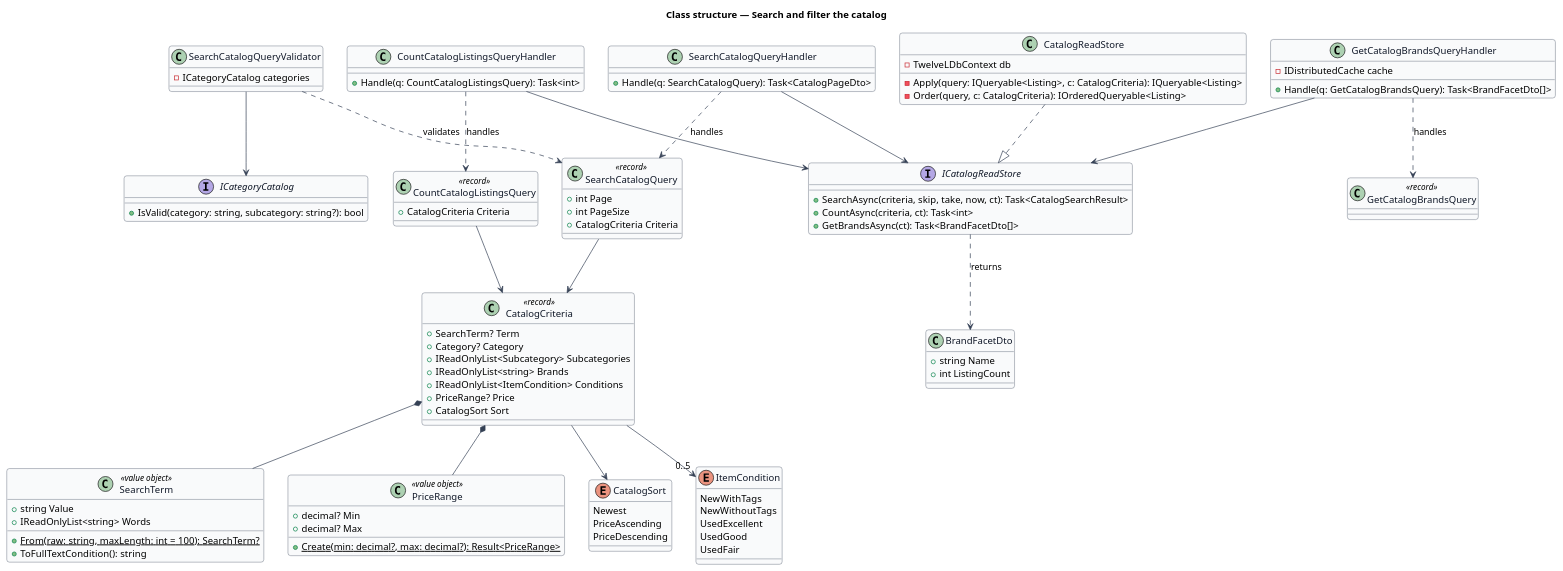
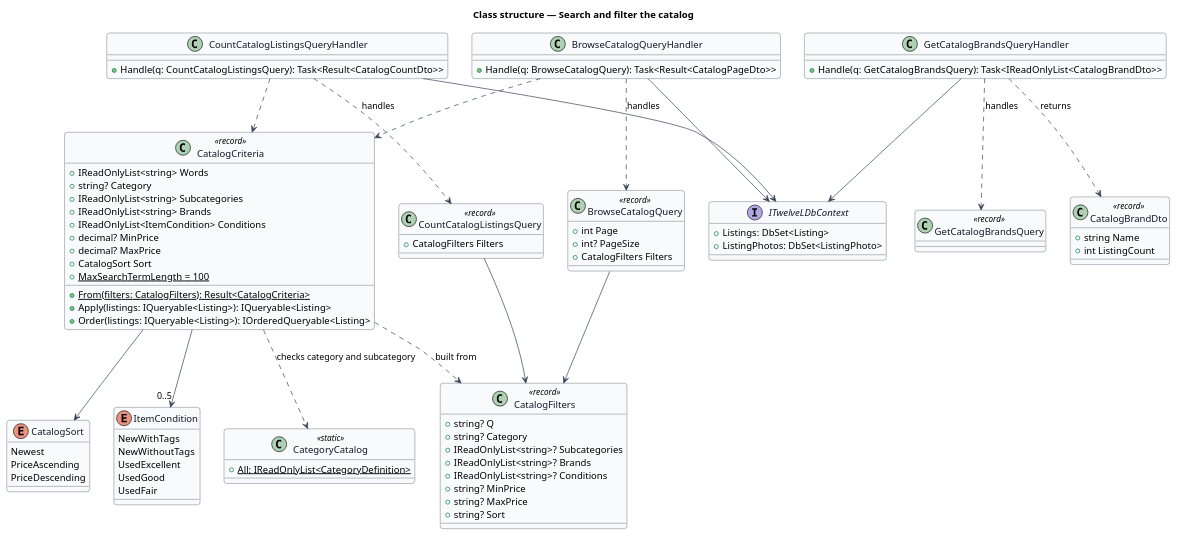
The diagram in docs/detailed-designs/catalog/search-and-filter-catalog/diagrams/class-structure.puml (QuinntyneBrown/12l), drawn with PlantUML before and after one commit. The commit also changed 67 other files, not shown here.

Commit message:
Document search-and-filter-catalog: design, ADR, design system, composition, L2, estimates

```diff
--- a/docs/detailed-designs/catalog/search-and-filter-catalog/diagrams/class-structure.puml
+++ b/docs/detailed-designs/catalog/search-and-filter-catalog/diagrams/class-structure.puml
@@ -1,115 +1,105 @@
 @startuml
 skinparam backgroundColor #FFFFFF
 skinparam shadowing false
 skinparam roundcorner 8
 skinparam defaultFontName Arial
 skinparam ArrowColor #344054
 skinparam class {
   BorderColor #344054
   FontColor #101828
   BackgroundColor #F9FAFB
 }
 title Class structure — Search and filter the catalog
 
+class CatalogFilters <<record>> {
+  +string? Q
+  +string? Category
+  +IReadOnlyList<string>? Subcategories
+  +IReadOnlyList<string>? Brands
+  +IReadOnlyList<string>? Conditions
+  +string? MinPrice
+  +string? MaxPrice
+  +string? Sort
+}
+
 class CatalogCriteria <<record>> {
-  +SearchTerm? Term
-  +Category? Category
-  +IReadOnlyList<Subcategory> Subcategories
+  +IReadOnlyList<string> Words
+  +string? Category
+  +IReadOnlyList<string> Subcategories
   +IReadOnlyList<string> Brands
   +IReadOnlyList<ItemCondition> Conditions
-  +PriceRange? Price
+  +decimal? MinPrice
+  +decimal? MaxPrice
   +CatalogSort Sort
-}
-
-class SearchTerm <<value object>> {
-  +string Value
-  +IReadOnlyList<string> Words
-  +{static} From(raw: string, maxLength: int = 100): SearchTerm?
-  +ToFullTextCondition(): string
-}
-
-class PriceRange <<value object>> {
-  +decimal? Min
-  +decimal? Max
-  +{static} Create(min: decimal?, max: decimal?): Result<PriceRange>
+  +{static} MaxSearchTermLength = 100
+  +{static} From(filters: CatalogFilters): Result<CatalogCriteria>
+  +Apply(listings: IQueryable<Listing>): IQueryable<Listing>
+  +Order(listings: IQueryable<Listing>): IOrderedQueryable<Listing>
 }
 
 enum CatalogSort {
   Newest
   PriceAscending
   PriceDescending
 }
 
 enum ItemCondition {
   NewWithTags
   NewWithoutTags
   UsedExcellent
   UsedGood
   UsedFair
 }
 
-class SearchCatalogQuery <<record>> {
+class CategoryCatalog <<static>> {
+  +{static} All: IReadOnlyList<CategoryDefinition>
+}
+
+class BrowseCatalogQuery <<record>> {
   +int Page
-  +int PageSize
-  +CatalogCriteria Criteria
+  +int? PageSize
+  +CatalogFilters Filters
 }
 
 class CountCatalogListingsQuery <<record>> {
-  +CatalogCriteria Criteria
+  +CatalogFilters Filters
 }
 
 class GetCatalogBrandsQuery <<record>>
 
-class SearchCatalogQueryValidator {
-  -ICategoryCatalog categories
+class BrowseCatalogQueryHandler {
+  +Handle(q: BrowseCatalogQuery): Task<Result<CatalogPageDto>>
+}
+class CountCatalogListingsQueryHandler {
+  +Handle(q: CountCatalogListingsQuery): Task<Result<CatalogCountDto>>
+}
+class GetCatalogBrandsQueryHandler {
+  +Handle(q: GetCatalogBrandsQuery): Task<IReadOnlyList<CatalogBrandDto>>
 }
 
-interface ICategoryCatalog {
-  +IsValid(category: string, subcategory: string?): bool
+interface ITwelveLDbContext {
+  +Listings: DbSet<Listing>
+  +ListingPhotos: DbSet<ListingPhoto>
 }
 
-class SearchCatalogQueryHandler {
-  +Handle(q: SearchCatalogQuery): Task<CatalogPageDto>
-}
-class CountCatalogListingsQueryHandler {
-  +Handle(q: CountCatalogListingsQuery): Task<int>
-}
-class GetCatalogBrandsQueryHandler {
-  -IDistributedCache cache
-  +Handle(q: GetCatalogBrandsQuery): Task<BrandFacetDto[]>
-}
-
-interface ICatalogReadStore {
-  +SearchAsync(criteria, skip, take, now, ct): Task<CatalogSearchResult>
-  +CountAsync(criteria, ct): Task<int>
-  +GetBrandsAsync(ct): Task<BrandFacetDto[]>
-}
-
-class CatalogReadStore {
-  -TwelveLDbContext db
-  -Apply(query: IQueryable<Listing>, c: CatalogCriteria): IQueryable<Listing>
-  -Order(query, c: CatalogCriteria): IOrderedQueryable<Listing>
-}
-
-class BrandFacetDto {
+class CatalogBrandDto <<record>> {
   +string Name
   +int ListingCount
 }
 
-CatalogCriteria *-- SearchTerm
-CatalogCriteria *-- PriceRange
+CatalogCriteria ..> CatalogFilters : built from
 CatalogCriteria --> CatalogSort
 CatalogCriteria --> "0..5" ItemCondition
-SearchCatalogQuery --> CatalogCriteria
-CountCatalogListingsQuery --> CatalogCriteria
-SearchCatalogQueryValidator ..> SearchCatalogQuery : validates
-SearchCatalogQueryValidator --> ICategoryCatalog
-SearchCatalogQueryHandler ..> SearchCatalogQuery : handles
+CatalogCriteria ..> CategoryCatalog : checks category and subcategory
+BrowseCatalogQuery --> CatalogFilters
+CountCatalogListingsQuery --> CatalogFilters
+BrowseCatalogQueryHandler ..> BrowseCatalogQuery : handles
 CountCatalogListingsQueryHandler ..> CountCatalogListingsQuery : handles
 GetCatalogBrandsQueryHandler ..> GetCatalogBrandsQuery : handles
-SearchCatalogQueryHandler --> ICatalogReadStore
-CountCatalogListingsQueryHandler --> ICatalogReadStore
-GetCatalogBrandsQueryHandler --> ICatalogReadStore
-CatalogReadStore ..|> ICatalogReadStore
-ICatalogReadStore ..> BrandFacetDto : returns
+BrowseCatalogQueryHandler ..> CatalogCriteria
+CountCatalogListingsQueryHandler ..> CatalogCriteria
+BrowseCatalogQueryHandler --> ITwelveLDbContext
+CountCatalogListingsQueryHandler --> ITwelveLDbContext
+GetCatalogBrandsQueryHandler --> ITwelveLDbContext
+GetCatalogBrandsQueryHandler ..> CatalogBrandDto : returns
 @enduml
```
